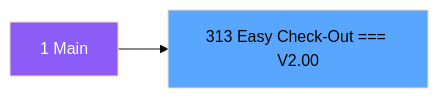
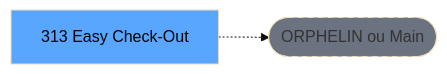
The second of 3 diagrams in .openspec/specs/ADH-IDE-313.md (thonyAGP/lecteur-magic), drawn with Mermaid (base theme) before and after one commit. The commit also changed other lines of this file and 701 other files, not shown here.

````diff
--- a/.openspec/specs/ADH-IDE-313.md
+++ b/.openspec/specs/ADH-IDE-313.md
@@ -140,8 +139,8 @@
 ```mermaid
 graph LR
-    M[1 Main]
-    T[313 Easy Check-Out === V2.00]
-    M --> T
-    style M fill:#8b5cf6,color:#fff
+    T[313 Easy Check-Out ]
+    ORPHAN([ORPHELIN ou Main])
+    T -.-> ORPHAN
     style T fill:#58a6ff,color:#000
+    style ORPHAN fill:#6b7280,stroke-dasharray: 5 5
 ```
````
